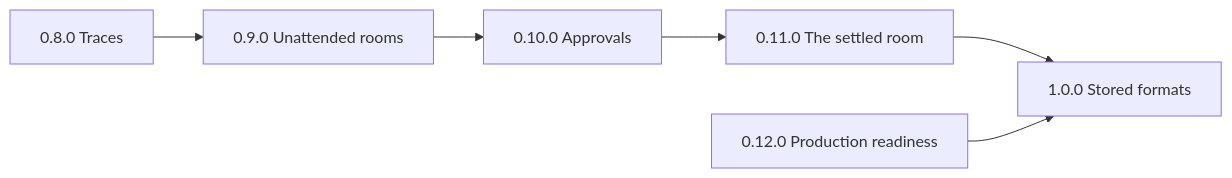
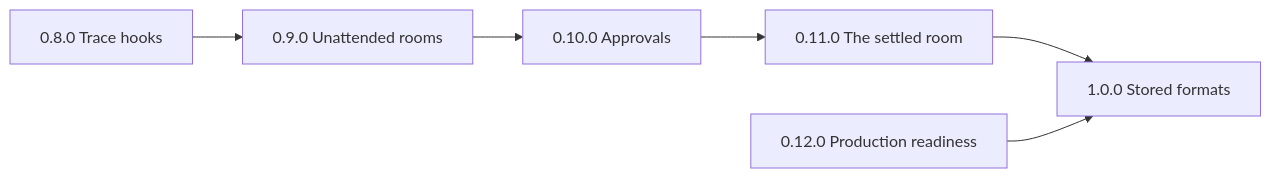
The diagram in planning/1.0.0.md (ambionframework/ambion), drawn with Mermaid before and after one commit. The commit also changed other lines of this file and 1 other file, not shown here.

First line of the commit message:
Scope 0.8.0 as complete trace hooks (#593)

````diff
--- a/planning/1.0.0.md
+++ b/planning/1.0.0.md
@@ -38,8 +38,8 @@
 ```mermaid
 flowchart LR
-  R8[0.8.0 Traces] --> R9[0.9.0 Unattended rooms]
+  R8[0.8.0 Trace hooks] --> R9[0.9.0 Unattended rooms]
   R9 --> R10[0.10.0 Approvals]
   R10 --> R11[0.11.0 The settled room]
   R11 --> R1[1.0.0 Stored formats]
   R12[0.12.0 Production readiness] --> R1
 ```
````
